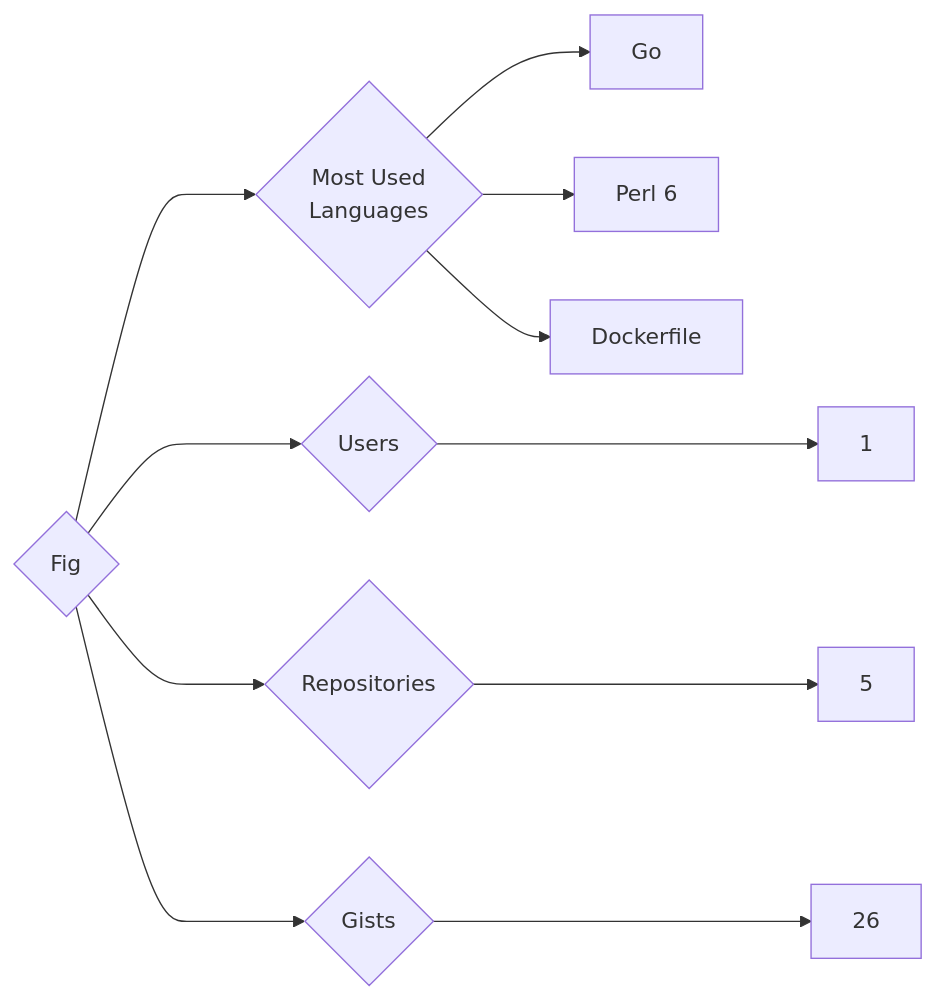
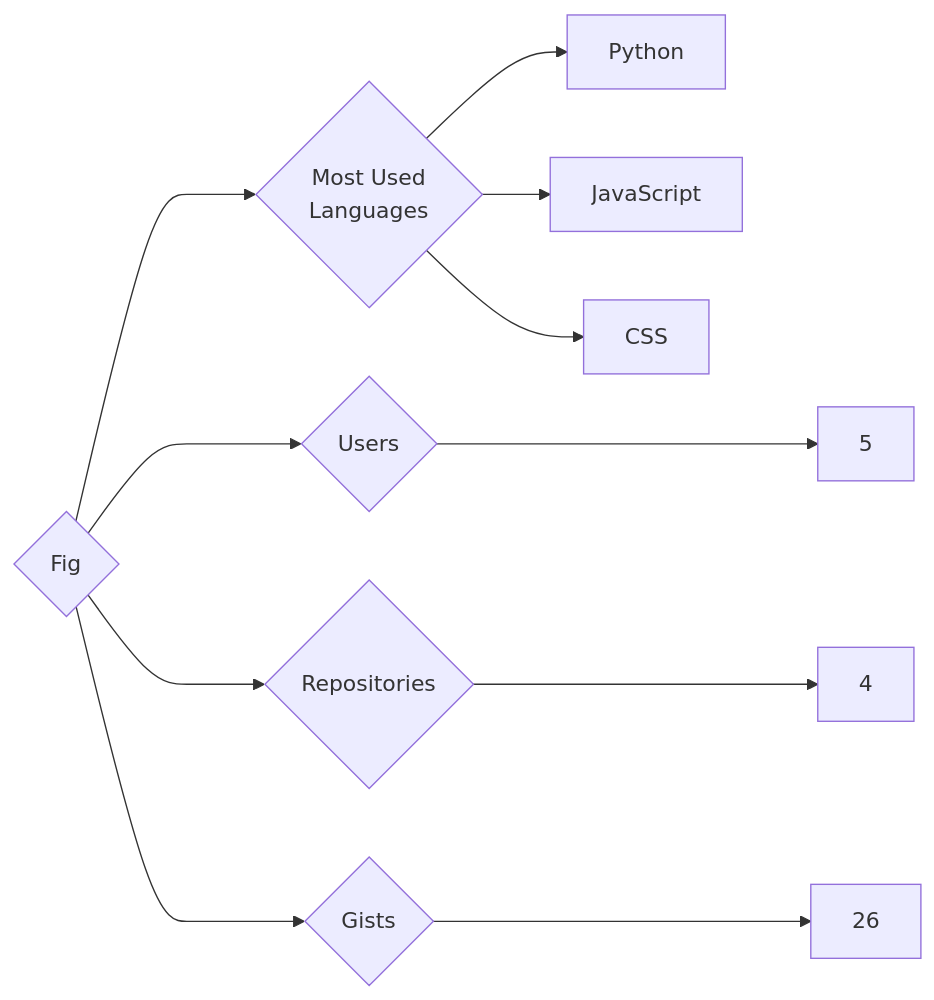
Before and after one commit to trickest/insiders: the diagram in targets/Fig/README.md, drawn with Mermaid. The commit also changed 1003 other files, not shown here.

````diff
--- a/targets/Fig/README.md
+++ b/targets/Fig/README.md
@@ -3,11 +3,11 @@
 ```mermaid
 graph LR
 COMPANY_NAME{Fig}
-COMPANY_NAME ---> U{Users} ---> UN[1]
-COMPANY_NAME ---> R{Repositories} ---> RN[5]
+COMPANY_NAME ---> U{Users} ---> UN[5]
+COMPANY_NAME ---> R{Repositories} ---> RN[4]
 COMPANY_NAME ---> G{Gists} ---> GN[26]
 COMPANY_NAME ---> ML{Most Used<br>Languages}
-ML --> Go[Go]
-ML --> Perl_6[Perl 6]
-ML --> Dockerfile[Dockerfile]
+ML --> Python[Python]
+ML --> JavaScript[JavaScript]
+ML --> CSS[CSS]
 ```
````
